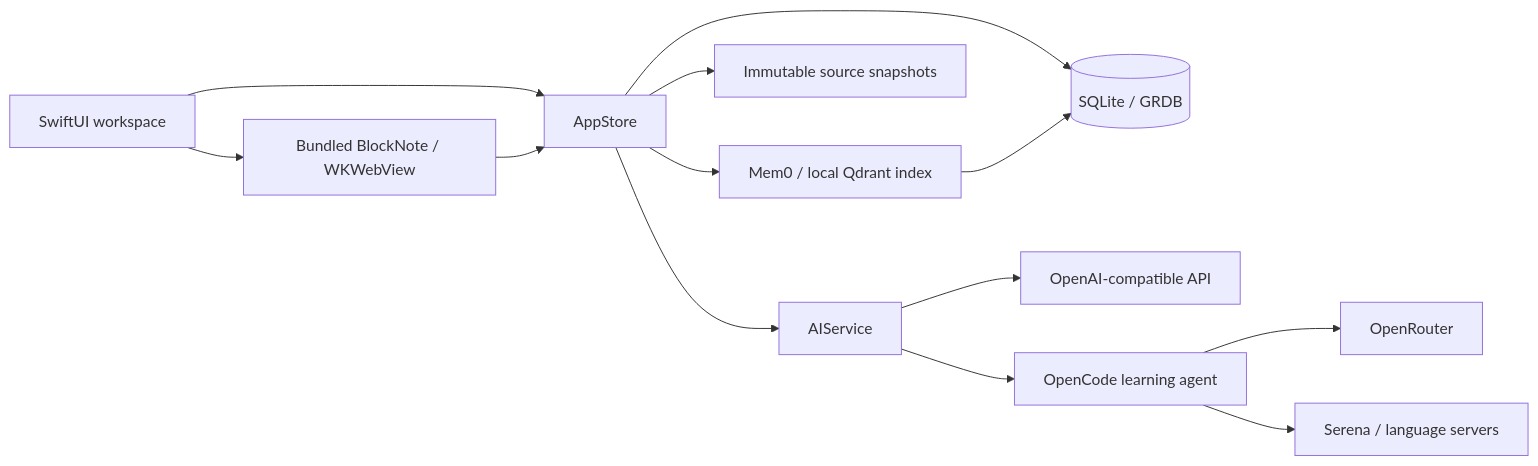
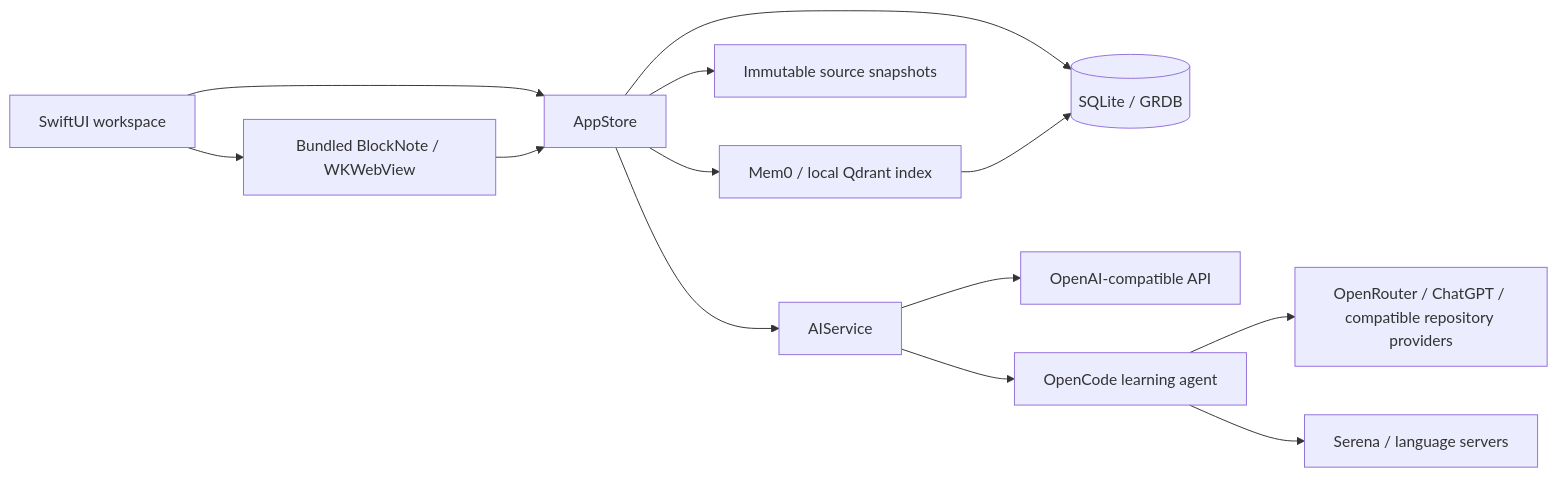
The diagram in docs/ARCHITECTURE.md (REDDITARUN/palm), drawn with Mermaid before and after one commit. The commit also changed other lines of this file and 34 other files, not shown here.

Commit message:
Save provider connections and add ChatGPT sign-in and library removal

````diff
--- a/docs/ARCHITECTURE.md
+++ b/docs/ARCHITECTURE.md
@@ -5,15 +5,15 @@
 ```mermaid
 flowchart LR
   UI[SwiftUI workspace] --> Store[AppStore]
   UI --> Editor[Bundled BlockNote / WKWebView]
   Editor --> Store
   Store --> DB[(SQLite / GRDB)]
   Store --> AI[AIService]
   AI --> Direct[OpenAI-compatible API]
   AI --> Harness[OpenCode learning agent]
-  Harness --> Models[OpenRouter]
+  Harness --> Models[OpenRouter / ChatGPT / compatible repository providers]
   Store --> Snapshot[Immutable source snapshots]
   Harness --> Serena[Serena / language servers]
   Store --> Memory[Mem0 / local Qdrant index]
   Memory --> DB
 ```
````
